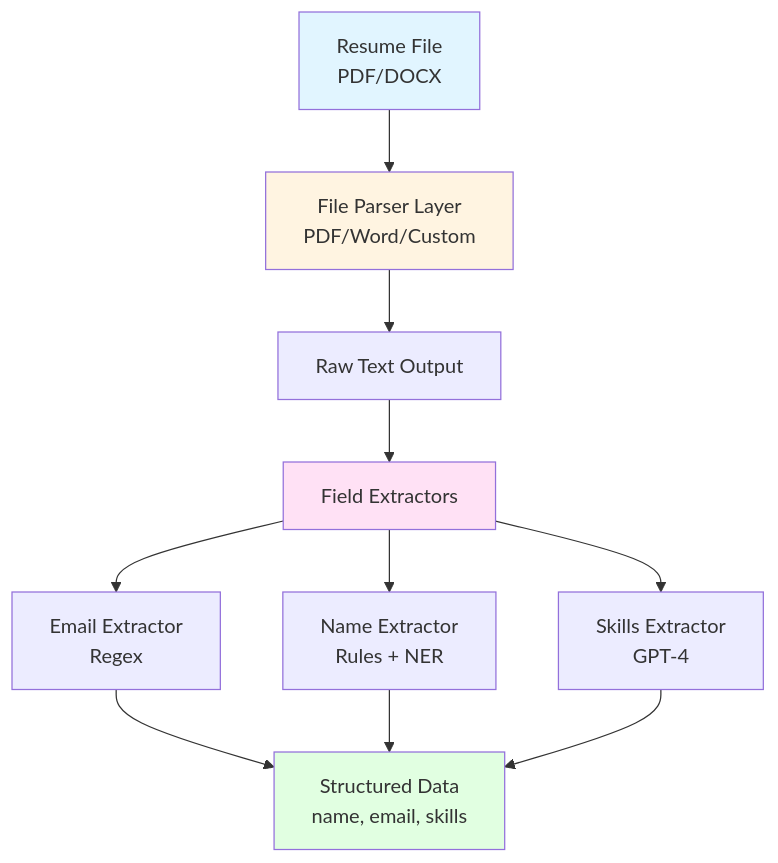
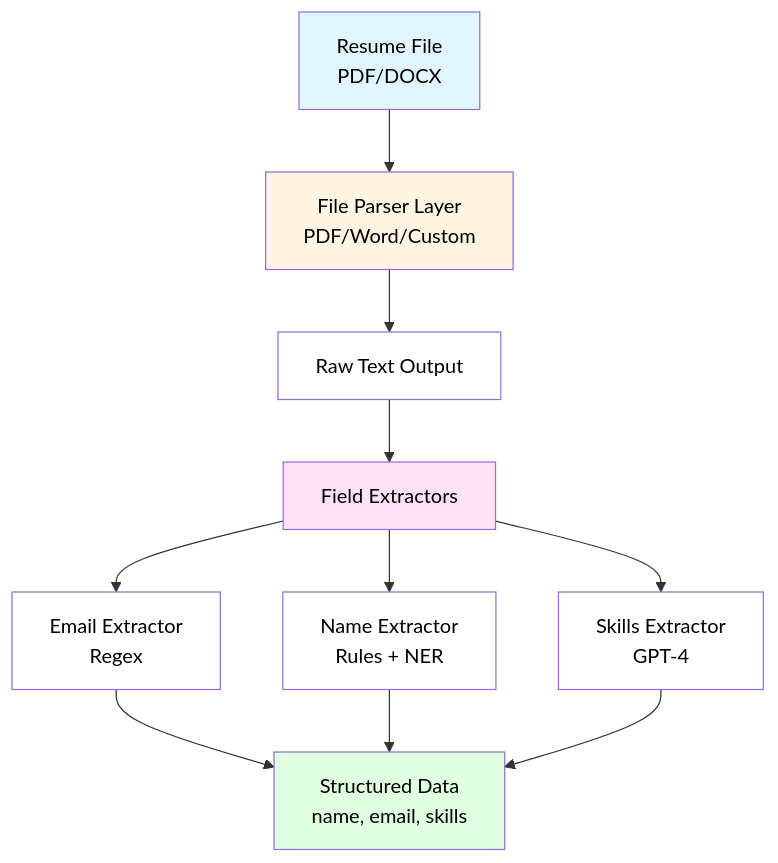
Before and after one commit to ovokpus/ResumeParser: the first of 2 diagrams in README.md, drawn with Mermaid. The commit also changed other lines of this file, not shown here.

First line of the commit message:
Update Mermaid diagrams to use black text on colored boxes

````diff
--- a/README.md
+++ b/README.md
@@ -37,17 +37,21 @@
 ```mermaid
 flowchart TD
     A[Resume File<br/>PDF/DOCX] --> B[File Parser Layer<br/>PDF/Word/Custom]
     B --> C[Raw Text Output]
     C --> D[Field Extractors]
     D --> E[Email Extractor<br/>Regex]
     D --> F[Name Extractor<br/>Rules + NER]
     D --> G[Skills Extractor<br/>GPT-4]
     E --> H[Structured Data<br/>name, email, skills]
     F --> H
     G --> H
     
-    style A fill:#e1f5ff
-    style B fill:#fff4e1
-    style D fill:#ffe1f5
-    style H fill:#e1ffe1
+    style A fill:#e1f5ff,color:#000
+    style B fill:#fff4e1,color:#000
+    style C fill:#ffffff,color:#000
+    style D fill:#ffe1f5,color:#000
+    style E fill:#ffffff,color:#000
+    style F fill:#ffffff,color:#000
+    style G fill:#ffffff,color:#000
+    style H fill:#e1ffe1,color:#000
 ```
````
